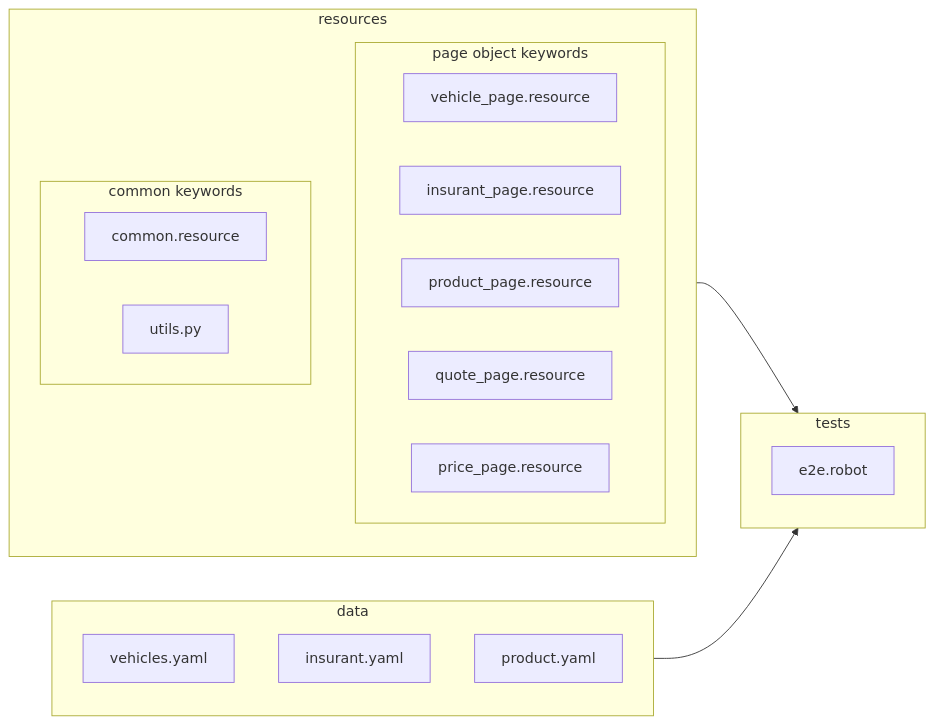
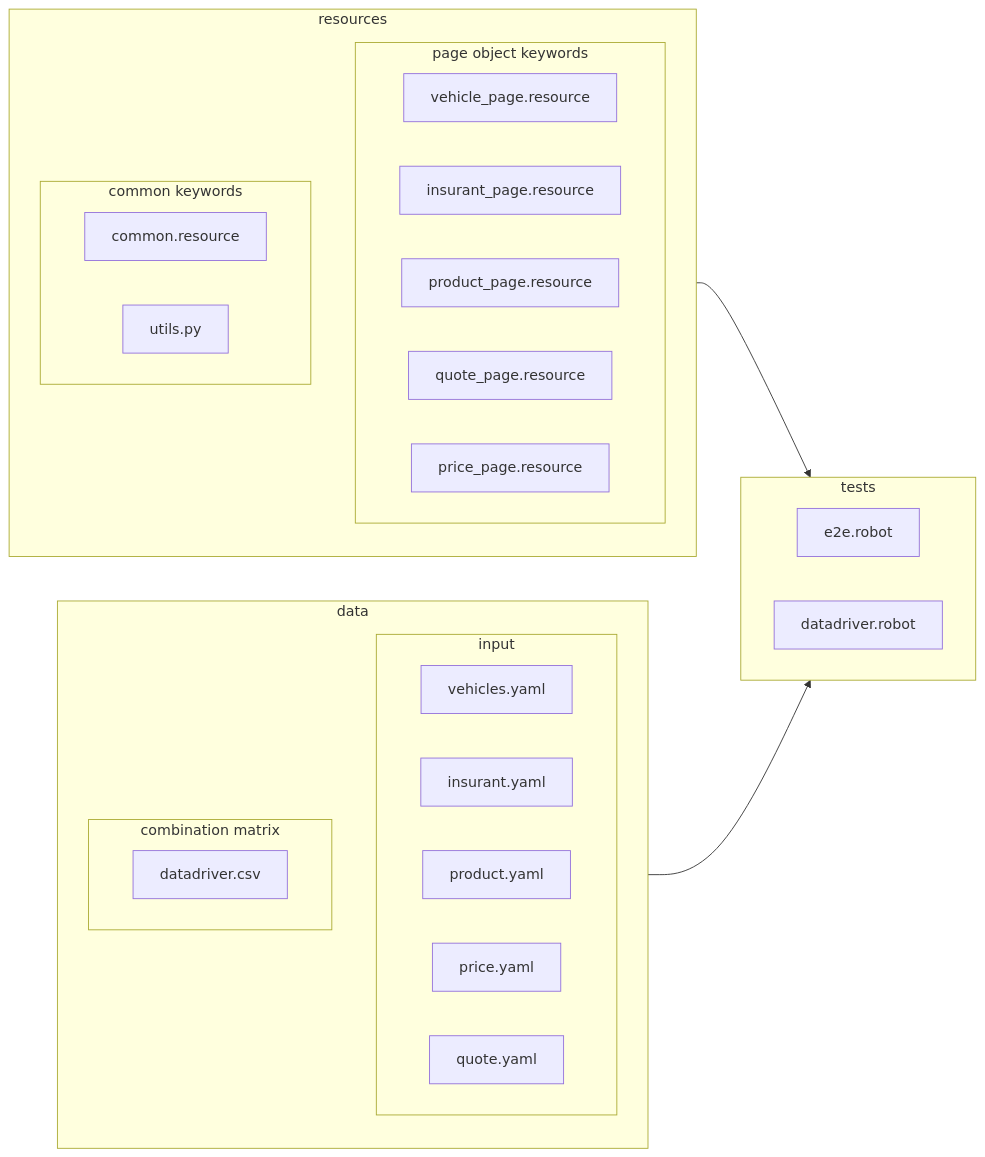
One commit to michalmirowski/robotframework-browser-demo changed the diagram in README.md. Above: the diagram before and after it, drawn with Mermaid. The commit also changed other lines of this file, not shown here.

Commit message:
Add more info to README

````diff
--- a/README.md
+++ b/README.md
@@ -4,25 +18,34 @@
 ```mermaid
 flowchart LR
-     subgraph tests
-      e2e.robot
-    end
-    subgraph data
+  subgraph tests
+  direction LR
+    e2e.robot
+    datadriver.robot
+  end
+  subgraph data
+    subgraph input
       vehicles.yaml
       insurant.yaml
       product.yaml
+      price.yaml
+      quote.yaml
     end
-    subgraph resources
-      subgraph page object keywords
-        vehicle_page.resource
-        insurant_page.resource
-        product_page.resource
-        quote_page.resource
-        price_page.resource
-      end
-      subgraph common keywords
-        common.resource
-        utils.py
-      end
+    subgraph combination matrix
+      datadriver.csv
     end
- resources & data --> tests
+  end
+  subgraph resources
+    subgraph page object keywords
+      vehicle_page.resource
+      insurant_page.resource
+      product_page.resource
+      quote_page.resource
+      price_page.resource
+    end
+    subgraph common keywords
+      common.resource
+      utils.py
+    end
+  end
+  resources & data --> tests
 ```
````
